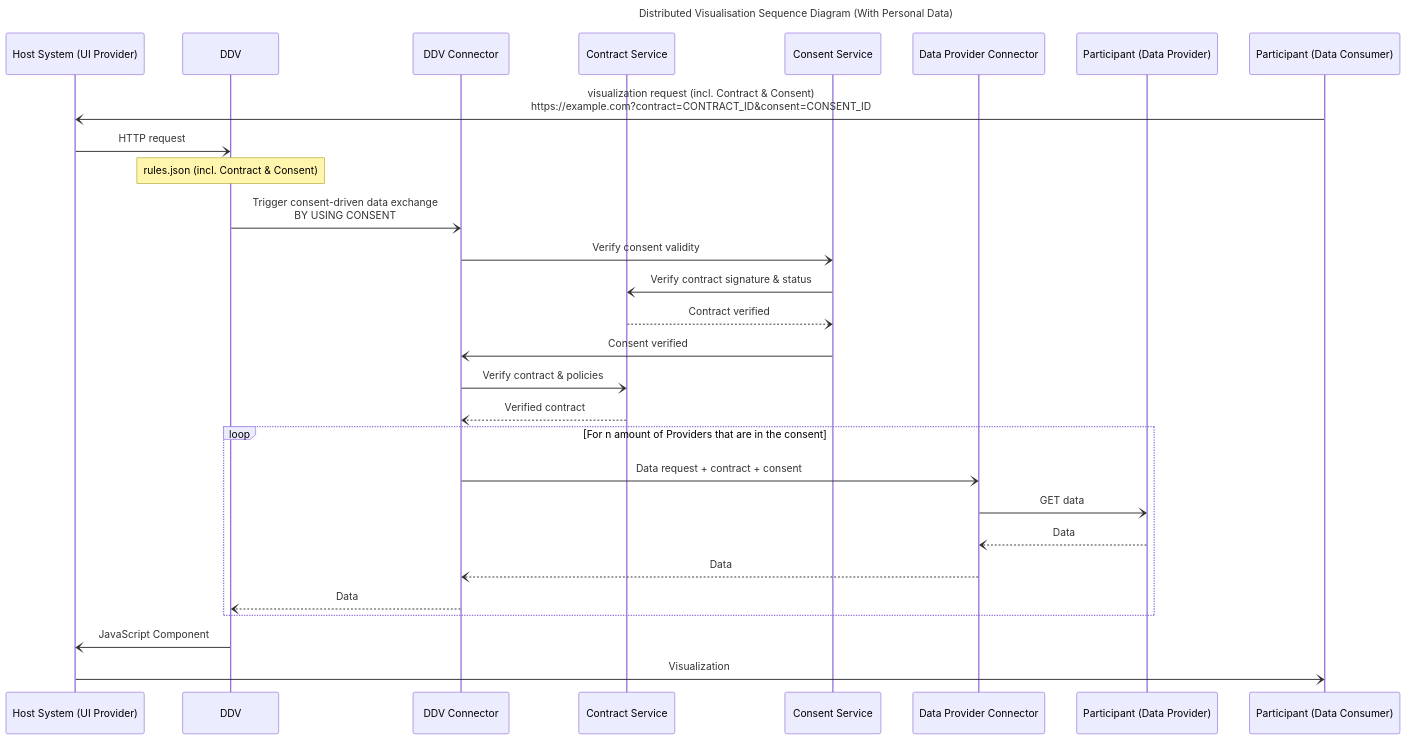
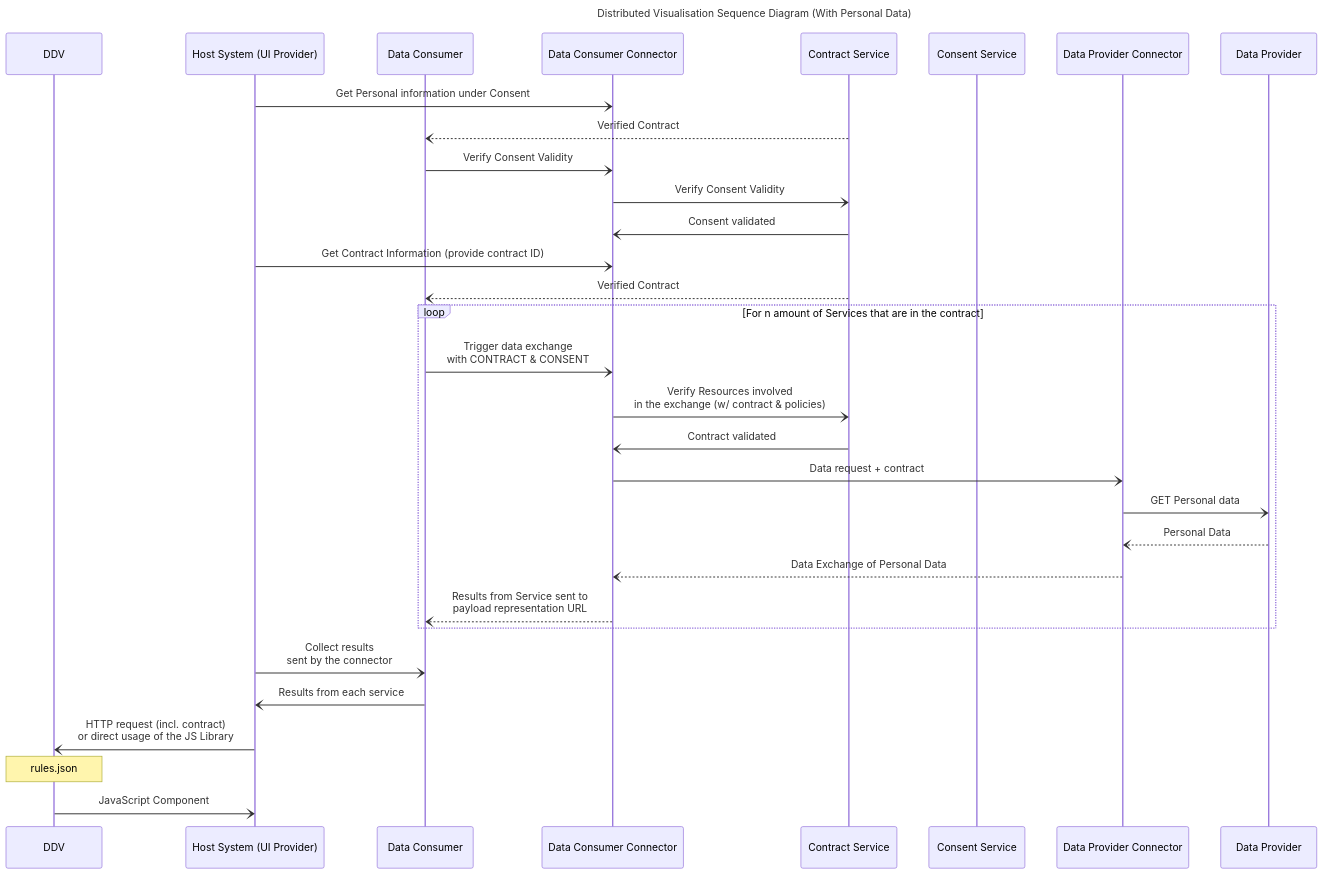
Before and after one commit to azapat/distributed-datavis: the third of 3 diagrams in docs/design-document.md, drawn with Mermaid. The commit also changed other lines of this file and 15 other files, not shown here.

````diff
--- a/docs/design-document.md
+++ b/docs/design-document.md
@@ -346,37 +289,42 @@
 ```mermaid
 ---
 title: Distributed Visualisation Sequence Diagram (With Personal Data)
 ---
 
 sequenceDiagram
+    participant ddv as DDV
     participant host as Host System (UI Provider)
-    participant ddv as DDV
-    participant ddvcon as DDV Connector
+    participant dc as Data Consumer
+    participant dccon as Data Consumer Connector
     participant con as Contract Service
     participant cons as Consent Service
     participant dpcon as Data Provider Connector
-    participant dp as Participant (Data Provider)
-    participant dc as Participant (Data Consumer)
+    participant dp as Data Provider
+    
+    host -) dccon: Get Personal information under Consent
+    con --) dc: Verified Contract
 
-    dc -) host: visualization request (incl. Contract & Consent) <br>https://example.com?contract=CONTRACT_ID&consent=CONSENT_ID
-    host -) ddv: HTTP request
-    Note over ddv: rules.json (incl. Contract & Consent)
-    ddv -) ddvcon: Trigger consent-driven data exchange<br>BY USING CONSENT
-    ddvcon -) cons: Verify consent validity
-    cons -) con: Verify contract signature & status
-    con --) cons: Contract verified
-    cons -) ddvcon: Consent verified
-    ddvcon -) con: Verify contract & policies
-    con --) ddvcon: Verified contract
+    dc -) dccon: Verify Consent Validity
+    dccon -) con: Verify Consent Validity
+    con -) dccon : Consent validated
 
-    loop For n amount of Providers that are in the consent
-    ddvcon -) dpcon: Data request + contract + consent
-    dpcon -) dp: GET data
-    dp --) dpcon: Data
-    dpcon --) ddvcon: Data
-    ddvcon --) ddv: Data
+    host -) dccon: Get Contract Information (provide contract ID)
+    con --) dc: Verified Contract
+
+    loop For n amount of Services that are in the contract
+    dc -) dccon: Trigger data exchange <br>  with CONTRACT & CONSENT
+    dccon -) con: Verify Resources involved <br> in the exchange  (w/ contract & policies)
+    con -) dccon : Contract validated
+    dccon -) dpcon: Data request + contract
+    dpcon -) dp: GET Personal data
+    dp --) dpcon: Personal Data
+    dpcon --) dccon: Data Exchange of Personal Data
+    dccon --) dc: Results from Service sent to <br> payload representation URL
     end
 
+    host -) dc: Collect results <br> sent by the connector
+    dc -) host: Results from each service
+    host -) ddv: HTTP request (incl. contract) <br> or direct usage of the JS Library
+    Note over ddv: rules.json
     ddv -)  host: JavaScript Component
-    host -)  dc: Visualization
 ```
````
